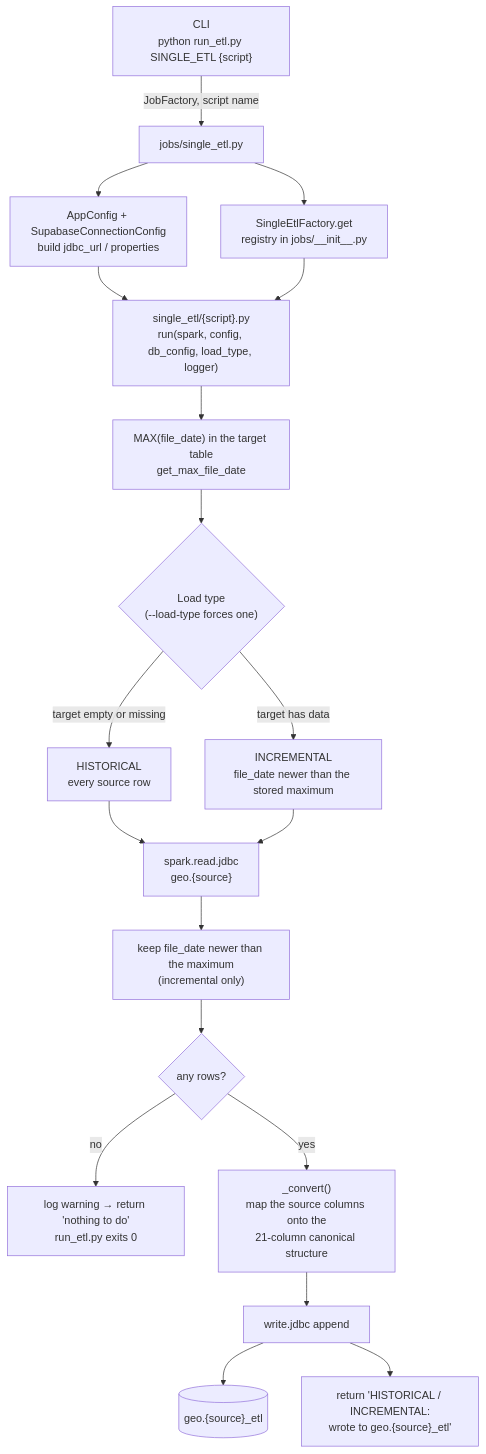
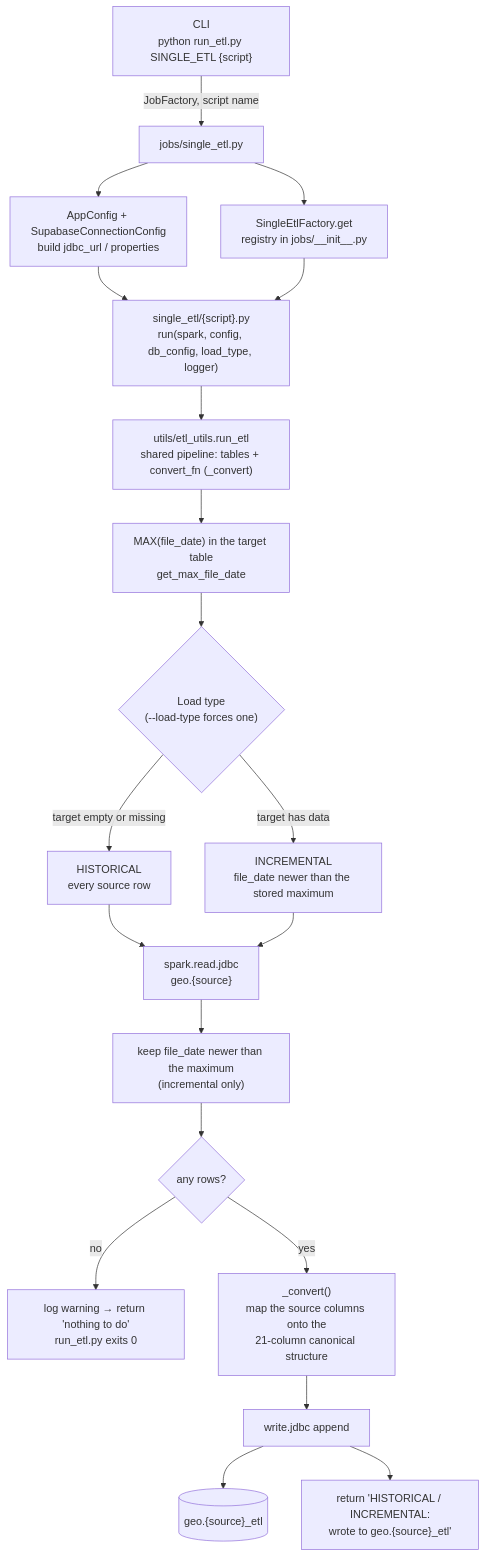
One commit to kaluzny1995/GEO_ETL changed the diagram in docs/etl_jobs/single-etl.md. Above: the diagram before and after it, drawn with Mermaid. The commit also changed other lines of this file and 24 other files, not shown here.

Commit message:
Common ETl script methods to etl_utils.py

````diff
--- a/docs/etl_jobs/single-etl.md
+++ b/docs/etl_jobs/single-etl.md
@@ -7,21 +7,22 @@
 ```mermaid
 flowchart TD
     CLI["CLI<br/>python run_etl.py SINGLE_ETL {script}"] -->|JobFactory, script name| JOB["jobs/single_etl.py"]
     JOB --> CFG["AppConfig + SupabaseConnectionConfig<br/>build jdbc_url / properties"]
     JOB --> FACT["SingleEtlFactory.get<br/>registry in jobs/__init__.py"]
     CFG --> SCRIPT["single_etl/{script}.py<br/>run(spark, config, db_config, load_type, logger)"]
     FACT --> SCRIPT
-    SCRIPT --> MAX["MAX(file_date) in the target table<br/>get_max_file_date"]
+    SCRIPT --> RUN["utils/etl_utils.run_etl<br/>shared pipeline: tables + convert_fn (_convert)"]
+    RUN --> MAX["MAX(file_date) in the target table<br/>get_max_file_date"]
     MAX --> LT{"Load type<br/>(--load-type forces one)"}
     LT -->|"target empty or missing"| H["HISTORICAL<br/>every source row"]
     LT -->|"target has data"| I["INCREMENTAL<br/>file_date newer than the stored maximum"]
     H --> READ["spark.read.jdbc<br/>geo.{source}"]
     I --> READ
     READ --> FILTER["keep file_date newer than the maximum<br/>(incremental only)"]
     FILTER --> EMPTY{"any rows?"}
     EMPTY -->|"no"| SKIP["log warning → return 'nothing to do'<br/>run_etl.py exits 0"]
     EMPTY -->|"yes"| CV["_convert()<br/>map the source columns onto the<br/>21-column canonical structure"]
     CV --> WRITE["write.jdbc append"]
     WRITE --> DB[("geo.{source}_etl")]
     WRITE --> OK["return 'HISTORICAL / INCREMENTAL:<br/>wrote to geo.{source}_etl'"]
 ```
````
